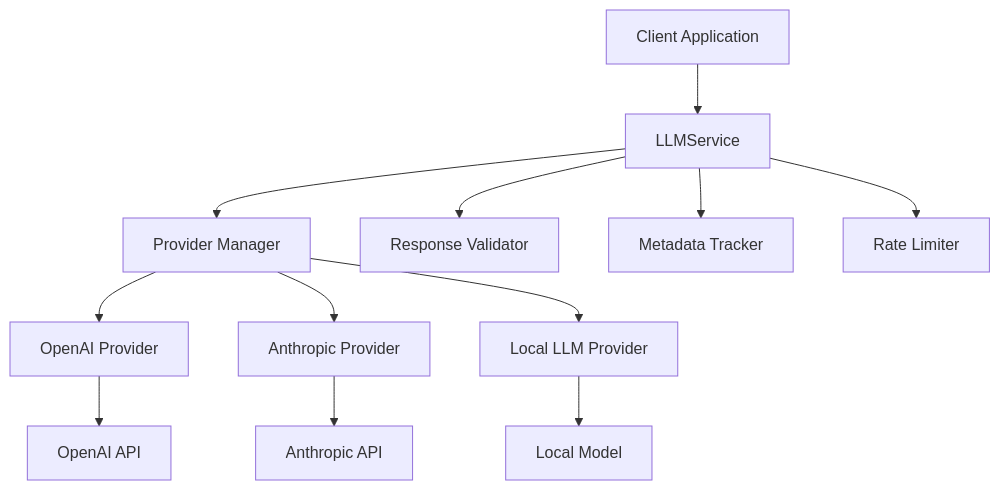
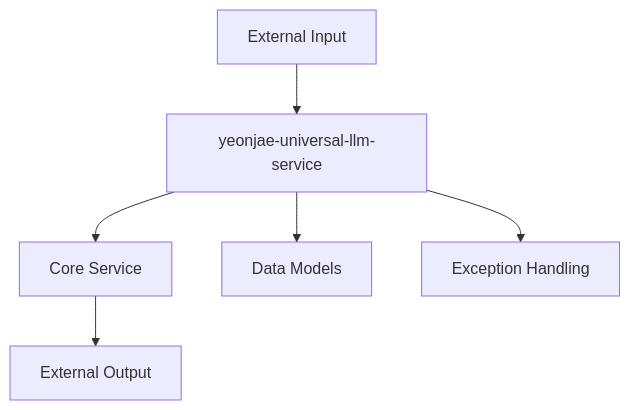
Before and after one commit to yeonjae-work/universal-modules: the first of 4 diagrams in packages/yeonjae-universal-llm-service/docs/technical-specification.md, drawn with Mermaid. The commit also changed other lines of this file and 11 other files, not shown here.

````diff
--- a/packages/yeonjae-universal-llm-service/docs/technical-specification.md
+++ b/packages/yeonjae-universal-llm-service/docs/technical-specification.md
@@ -26,17 +23,8 @@
 ```mermaid
 graph TB
-    A[Client Application] --> B[LLMService]
-    
-    B --> C[Provider Manager]
-    C --> D[OpenAI Provider]
-    C --> E[Anthropic Provider] 
-    C --> F[Local LLM Provider]
-    
-    B --> G[Response Validator]
-    B --> H[Metadata Tracker]
-    B --> I[Rate Limiter]
-    
-    D --> J[OpenAI API]
-    E --> K[Anthropic API]
-    F --> L[Local Model]
+    A[External Input] --> B[yeonjae-universal-llm-service]
+    B --> C[Core Service]
+    B --> D[Data Models]
+    B --> E[Exception Handling]
+    C --> F[External Output]
 ```
````
